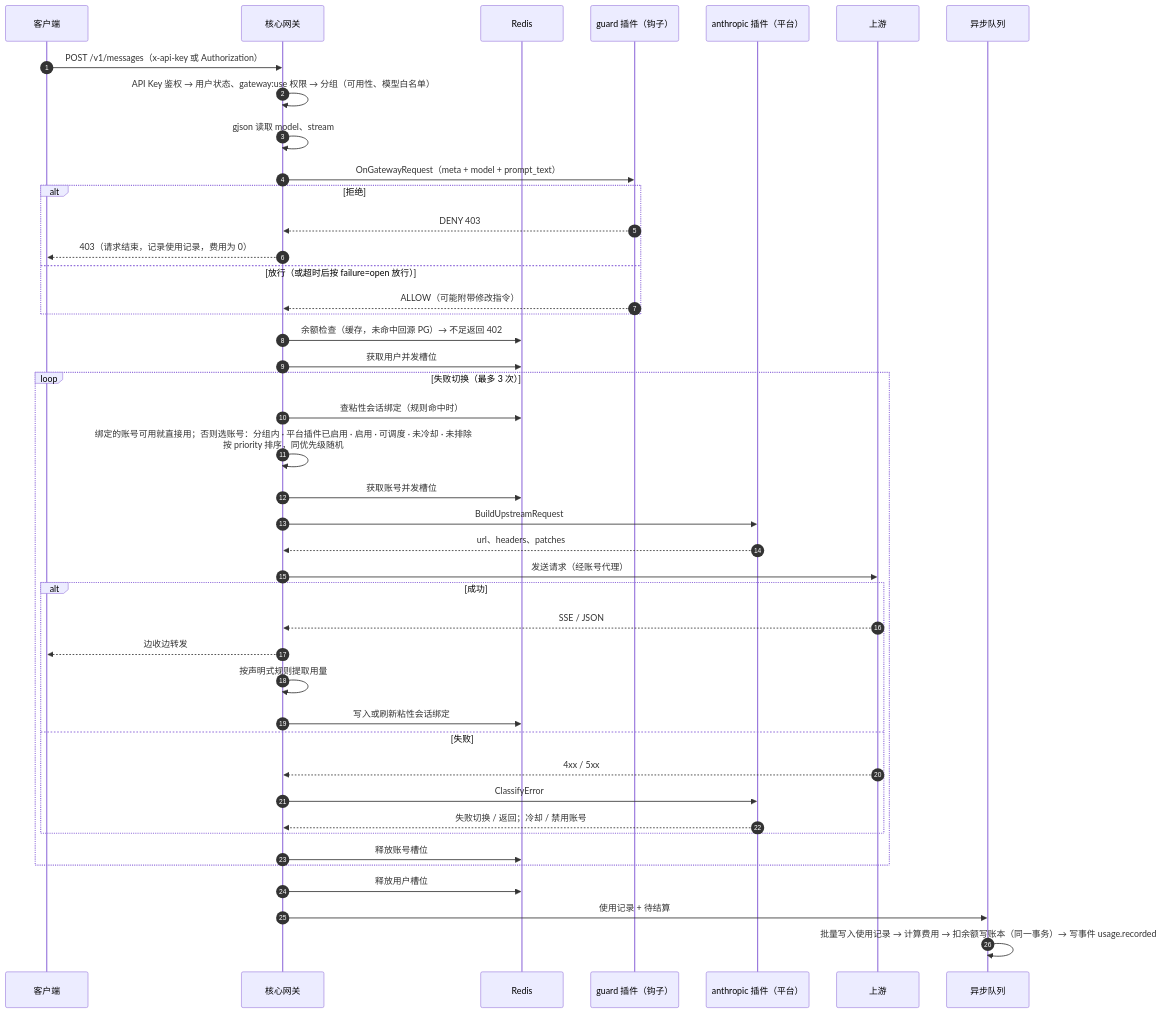
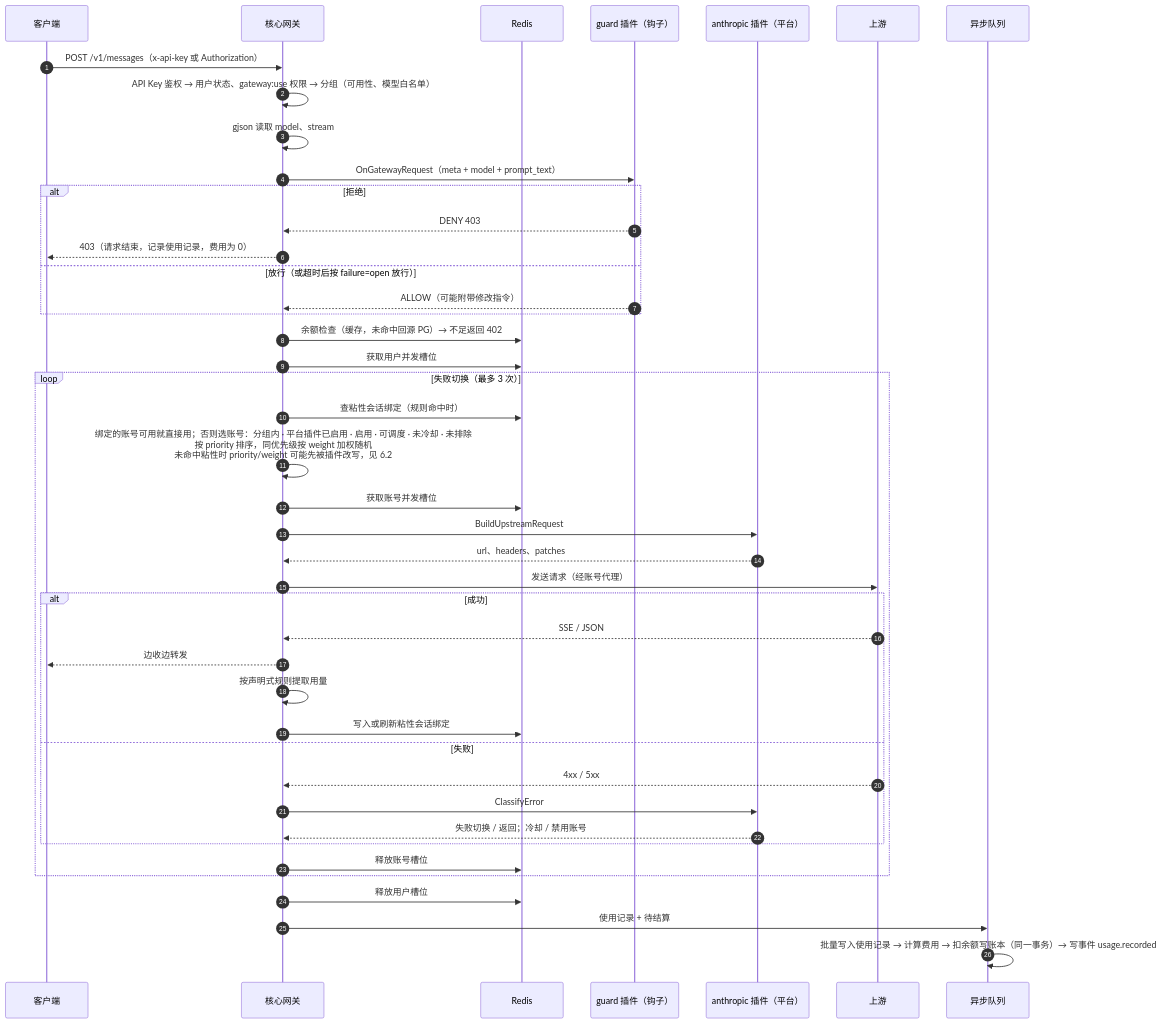
The eighth of 18 diagrams in next/docs/ARCHITECTURE.md (Sub2API-Devs/sup2api), drawn with Mermaid before and after one commit. The commit also changed other lines of this file and 30 other files, not shown here.

Commit message:
feat(next): plugins can rewrite candidate account priority/weight for requests that miss a sticky binding (scheduler.rank capability, RankAccounts rpc, usage_logs.sched_decisions)

````diff
--- a/next/docs/ARCHITECTURE.md
+++ b/next/docs/ARCHITECTURE.md
@@ -675,46 +683,46 @@
 ```mermaid
 sequenceDiagram
   autonumber
   participant C as 客户端
   participant GW as 核心网关
   participant R as Redis
   participant H as guard 插件（钩子）
   participant P as anthropic 插件（平台）
   participant U as 上游
   participant Q as 异步队列
 
   C->>GW: POST /v1/messages（x-api-key 或 Authorization）
   GW->>GW: API Key 鉴权 → 用户状态、gateway:use 权限 → 分组（可用性、模型白名单）
   GW->>GW: gjson 读取 model、stream
   GW->>H: OnGatewayRequest（meta + model + prompt_text）
   alt 拒绝
     H-->>GW: DENY 403
     GW-->>C: 403（请求结束，记录使用记录，费用为 0）
   else 放行（或超时后按 failure=open 放行）
     H-->>GW: ALLOW（可能附带修改指令）
   end
   GW->>R: 余额检查（缓存，未命中回源 PG）→ 不足返回 402
   GW->>R: 获取用户并发槽位
   loop 失败切换（最多 3 次）
     GW->>R: 查粘性会话绑定（规则命中时）
-    GW->>GW: 绑定的账号可用就直接用；否则选账号：分组内 · 平台插件已启用 · 启用 · 可调度 · 未冷却 · 未排除<br/>按 priority 排序，同优先级随机
+    GW->>GW: 绑定的账号可用就直接用；否则选账号：分组内 · 平台插件已启用 · 启用 · 可调度 · 未冷却 · 未排除<br/>按 priority 排序，同优先级按 weight 加权随机<br/>未命中粘性时 priority/weight 可能先被插件改写，见 6.2
     GW->>R: 获取账号并发槽位
     GW->>P: BuildUpstreamRequest
     P-->>GW: url、headers、patches
     GW->>U: 发送请求（经账号代理）
     alt 成功
       U-->>GW: SSE / JSON
       GW-->>C: 边收边转发
       GW->>GW: 按声明式规则提取用量
       GW->>R: 写入或刷新粘性会话绑定
     else 失败
       U-->>GW: 4xx / 5xx
       GW->>P: ClassifyError
       P-->>GW: 失败切换 / 返回；冷却 / 禁用账号
     end
     GW->>R: 释放账号槽位
   end
   GW->>R: 释放用户槽位
   GW->>Q: 使用记录 + 待结算
   Q->>Q: 批量写入使用记录 → 计算费用 → 扣余额写账本（同一事务）→ 写事件 usage.recorded
 ```
````
